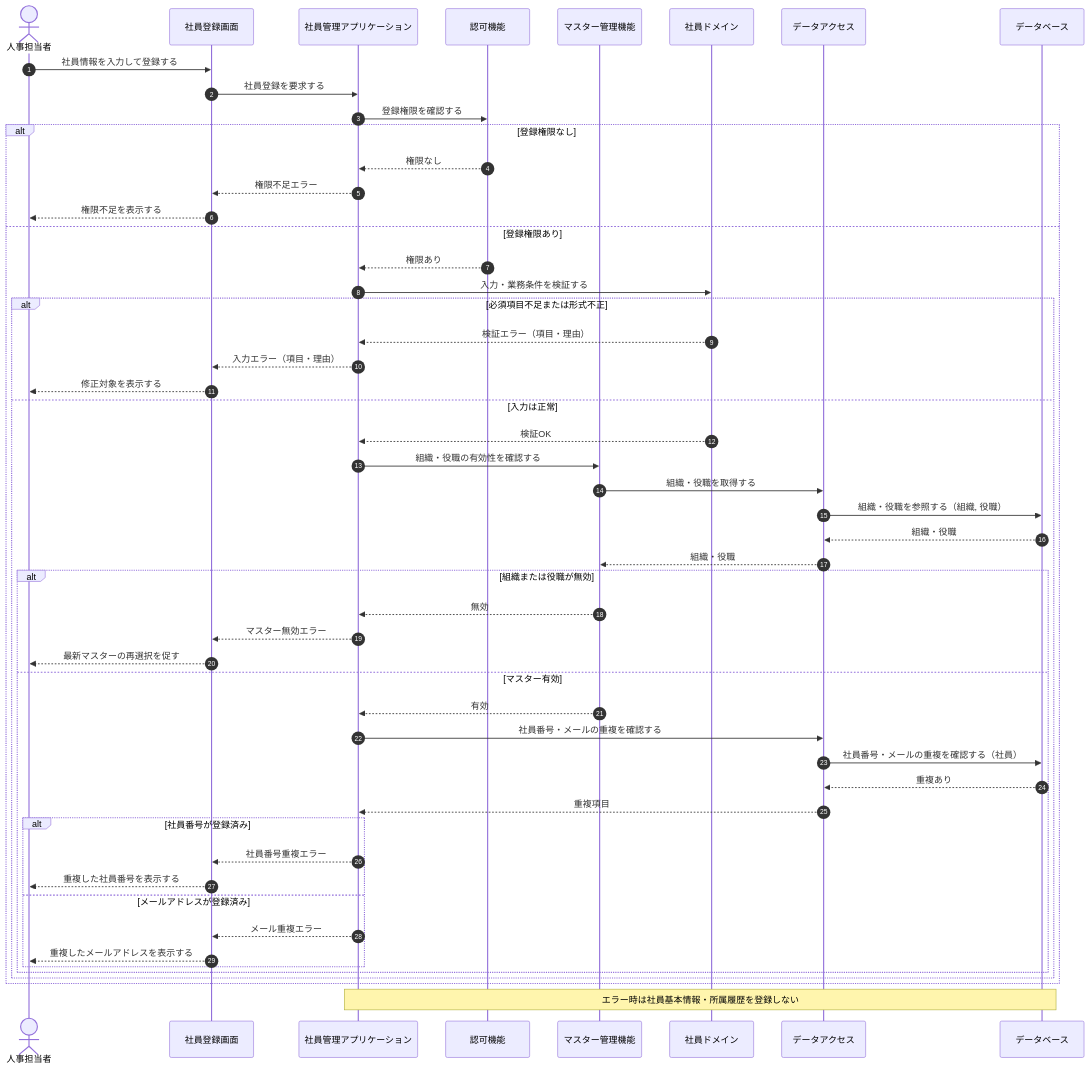
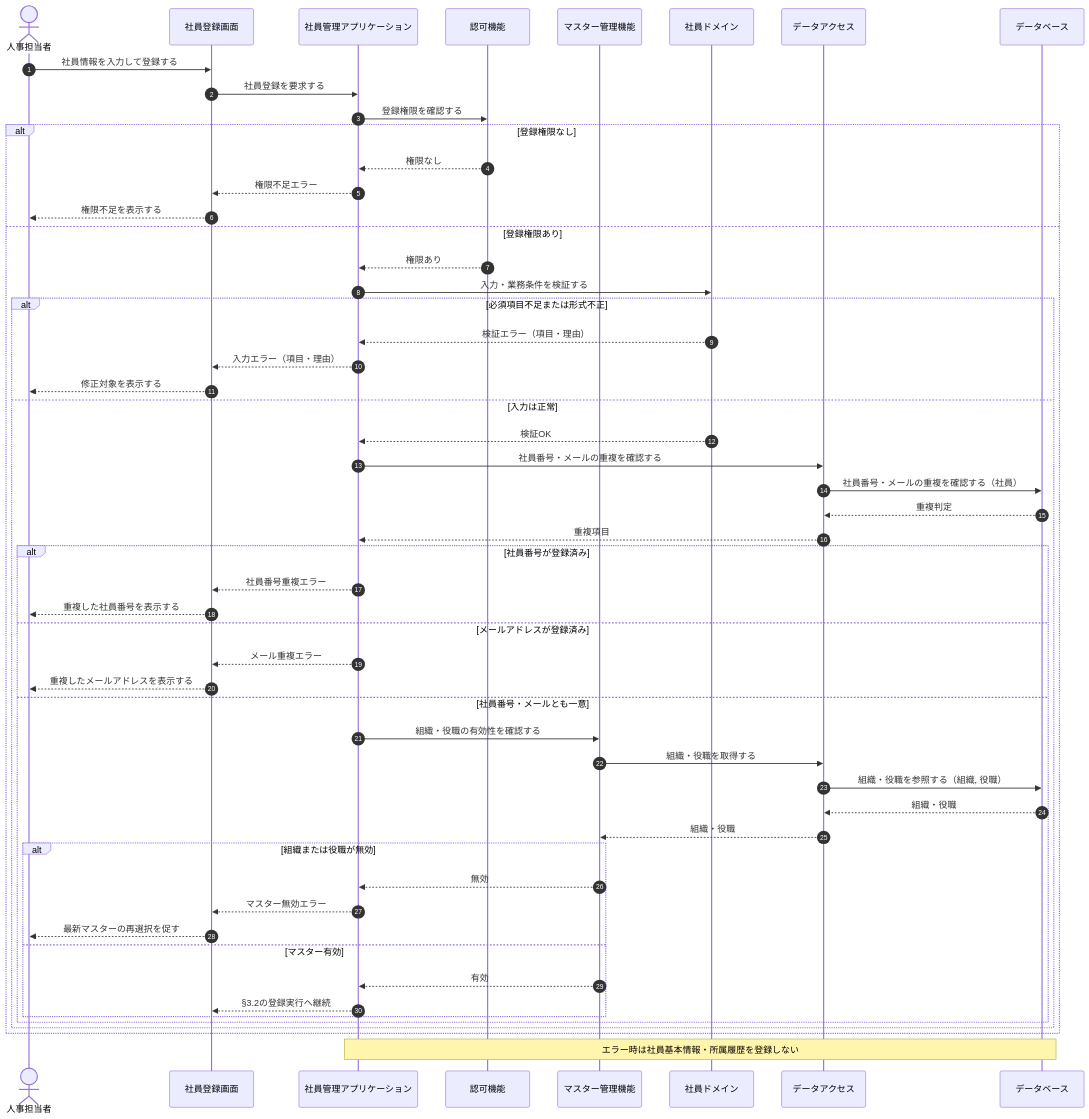
The second of 14 diagrams in 統合設計書/社員名簿管理システム/03_シーケンス設計.md (sikakou54/system-document-template), drawn with Mermaid before and after one commit. The commit also changed other lines of this file and 40 other files, not shown here.

````diff
--- a/統合設計書/社員名簿管理システム/03_シーケンス設計.md
+++ b/統合設計書/社員名簿管理システム/03_シーケンス設計.md
@@ -134,55 +149,57 @@
 ```mermaid
 sequenceDiagram
     autonumber
     actor HR as 人事担当者
     participant UI as 社員登録画面
     participant APP as 社員管理アプリケーション
     participant AUTH as 認可機能
     participant MST as マスター管理機能
     participant DOM as 社員ドメイン
     participant DATA as データアクセス
     participant DB as データベース
 
     HR->>UI: 社員情報を入力して登録する
     UI->>APP: 社員登録を要求する
     APP->>AUTH: 登録権限を確認する
     alt 登録権限なし
         AUTH-->>APP: 権限なし
         APP-->>UI: 権限不足エラー
         UI-->>HR: 権限不足を表示する
     else 登録権限あり
         AUTH-->>APP: 権限あり
         APP->>DOM: 入力・業務条件を検証する
         alt 必須項目不足または形式不正
             DOM-->>APP: 検証エラー（項目・理由）
             APP-->>UI: 入力エラー（項目・理由）
             UI-->>HR: 修正対象を表示する
         else 入力は正常
             DOM-->>APP: 検証OK
-            APP->>MST: 組織・役職の有効性を確認する
-            MST->>DATA: 組織・役職を取得する
-            DATA->>DB: 組織・役職を参照する（組織, 役職）
-            DB-->>DATA: 組織・役職
-            DATA-->>MST: 組織・役職
-            alt 組織または役職が無効
-                MST-->>APP: 無効
-                APP-->>UI: マスター無効エラー
-                UI-->>HR: 最新マスターの再選択を促す
-            else マスター有効
-                MST-->>APP: 有効
-                APP->>DATA: 社員番号・メールの重複を確認する
-                DATA->>DB: 社員番号・メールの重複を確認する（社員）
-                DB-->>DATA: 重複あり
-                DATA-->>APP: 重複項目
-                alt 社員番号が登録済み
-                    APP-->>UI: 社員番号重複エラー
-                    UI-->>HR: 重複した社員番号を表示する
-                else メールアドレスが登録済み
-                    APP-->>UI: メール重複エラー
-                    UI-->>HR: 重複したメールアドレスを表示する
+            APP->>DATA: 社員番号・メールの重複を確認する
+            DATA->>DB: 社員番号・メールの重複を確認する（社員）
+            DB-->>DATA: 重複判定
+            DATA-->>APP: 重複項目
+            alt 社員番号が登録済み
+                APP-->>UI: 社員番号重複エラー
+                UI-->>HR: 重複した社員番号を表示する
+            else メールアドレスが登録済み
+                APP-->>UI: メール重複エラー
+                UI-->>HR: 重複したメールアドレスを表示する
+            else 社員番号・メールとも一意
+                APP->>MST: 組織・役職の有効性を確認する
+                MST->>DATA: 組織・役職を取得する
+                DATA->>DB: 組織・役職を参照する（組織, 役職）
+                DB-->>DATA: 組織・役職
+                DATA-->>MST: 組織・役職
+                alt 組織または役職が無効
+                    MST-->>APP: 無効
+                    APP-->>UI: マスター無効エラー
+                    UI-->>HR: 最新マスターの再選択を促す
+                else マスター有効
+                    MST-->>APP: 有効
+                    APP-->>UI: §3.2の登録実行へ継続
                 end
             end
         end
     end
     Note over APP,DB: エラー時は社員基本情報・所属履歴を登録しない
 ```
````
